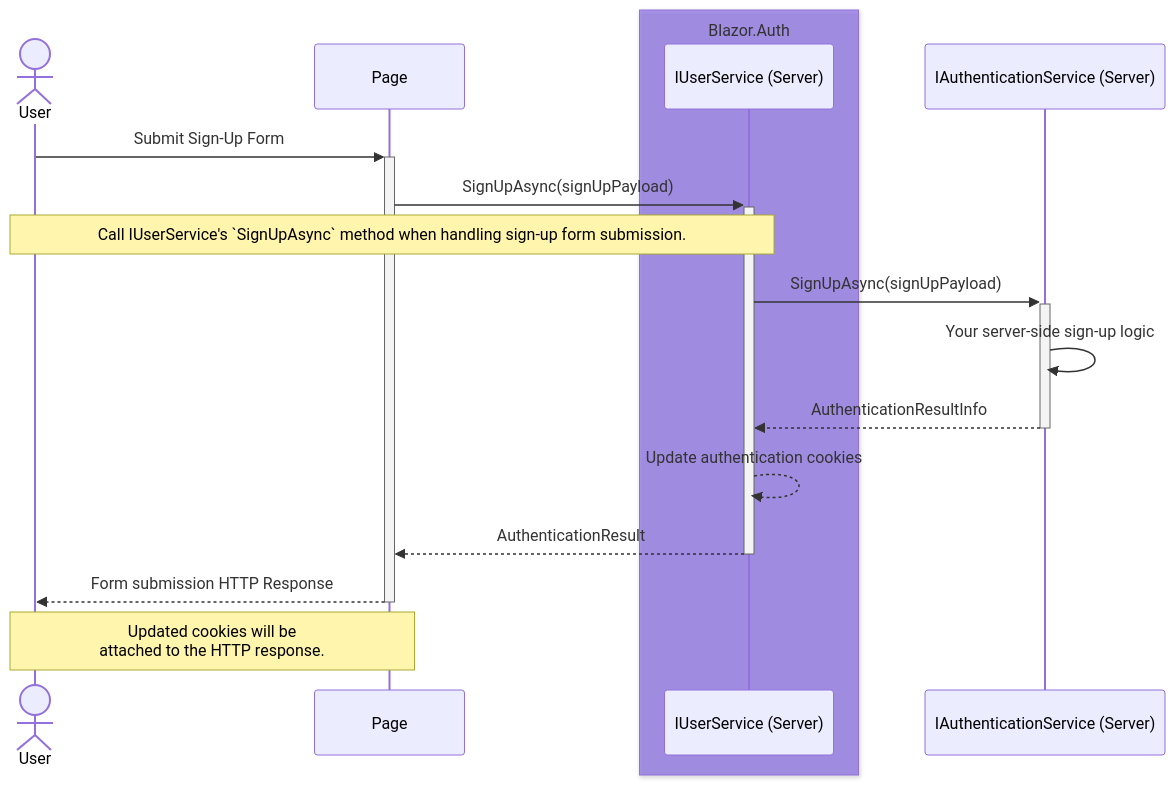
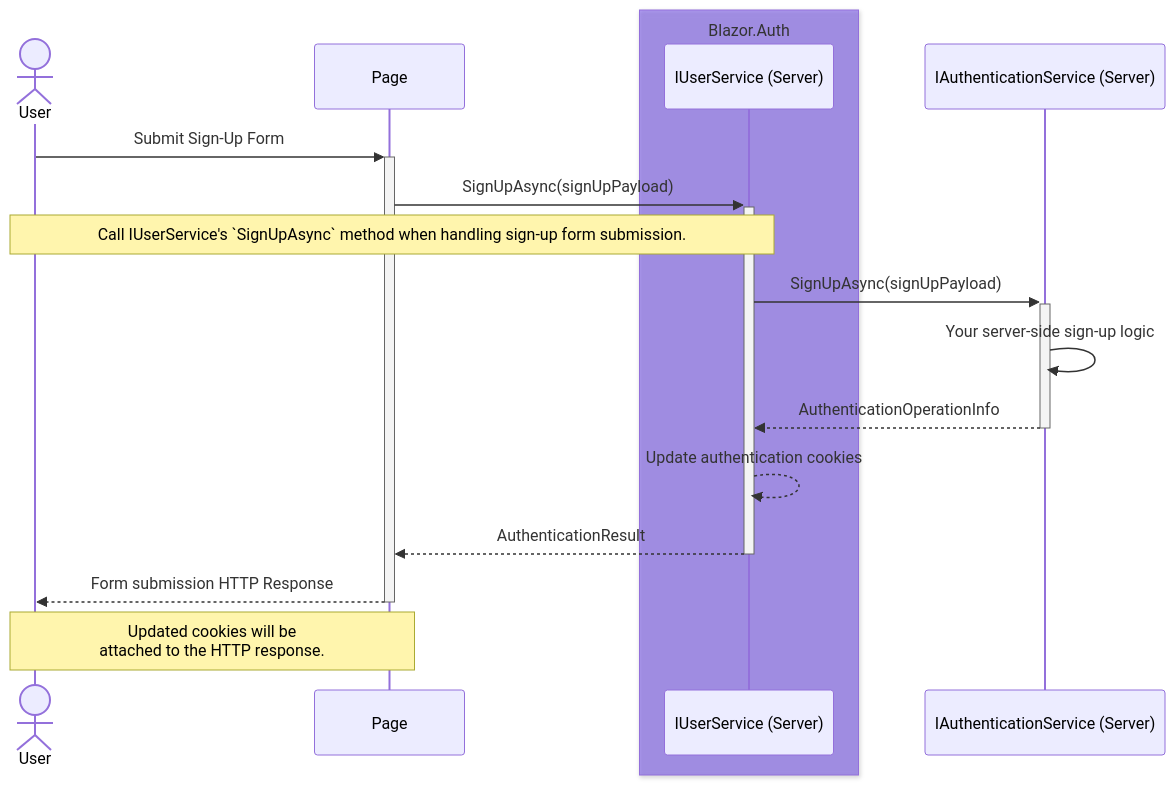
One commit to BitzArt/Blazor.Auth changed the third of 3 diagrams in docs/src/04.use-cases/01.static-ssr.md. Above: the diagram before and after it, drawn with Mermaid. The commit also changed other lines of this file and 10 other files, not shown here.

Commit message:
Rename AuthenticationResultInfo -> AuthenticationOperationInfo

````diff
--- a/docs/src/04.use-cases/01.static-ssr.md
+++ b/docs/src/04.use-cases/01.static-ssr.md
@@ -67,27 +67,27 @@
 ```mermaid
 sequenceDiagram
 
 actor user as User
 participant page as Page
 
 box rgba(101, 63, 232, 0.5) Blazor.Auth
 participant userService as IUserService (Server)
 end
 participant authService as IAuthenticationService (Server)
 
 user ->>+ page: Submit Sign-Up Form
 
 page ->>+ userService: SignUpAsync(signUpPayload)
 note over user,userService: Call IUserService's `SignUpAsync` method when handling sign-up form submission.
 
 userService ->>+ authService: SignUpAsync(signUpPayload)
 authService ->> authService: Your server-side sign-up logic
 
-authService -->>- userService: AuthenticationResultInfo
+authService -->>- userService: AuthenticationOperationInfo
 
 userService -->> userService: Update authentication cookies
 userService -->>- page: AuthenticationResult
 
 page -->>- user:  Form submission HTTP Response
 note over user,page: Updated cookies will be<br/>attached to the HTTP response.
 ```
````
